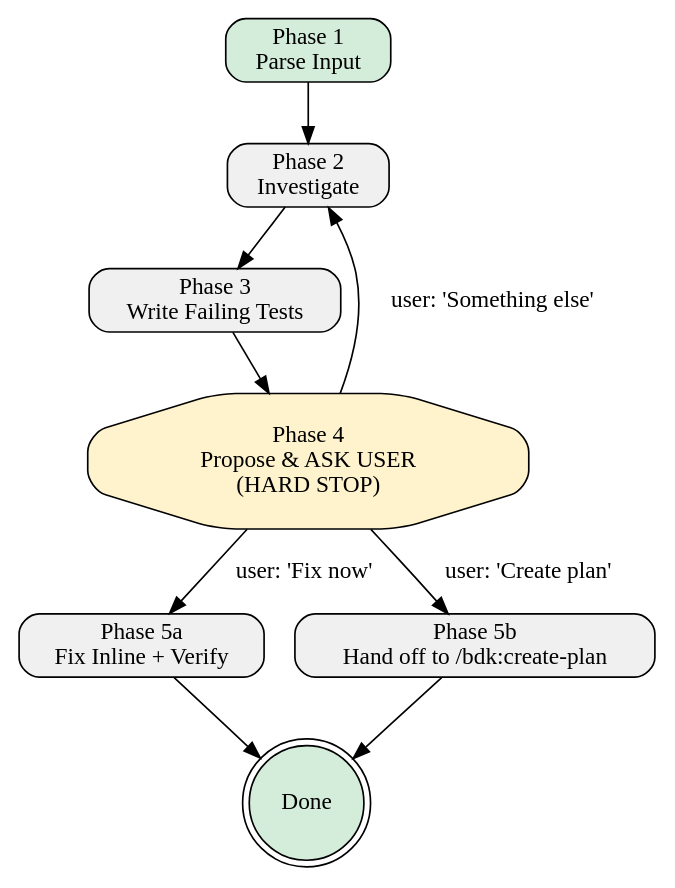
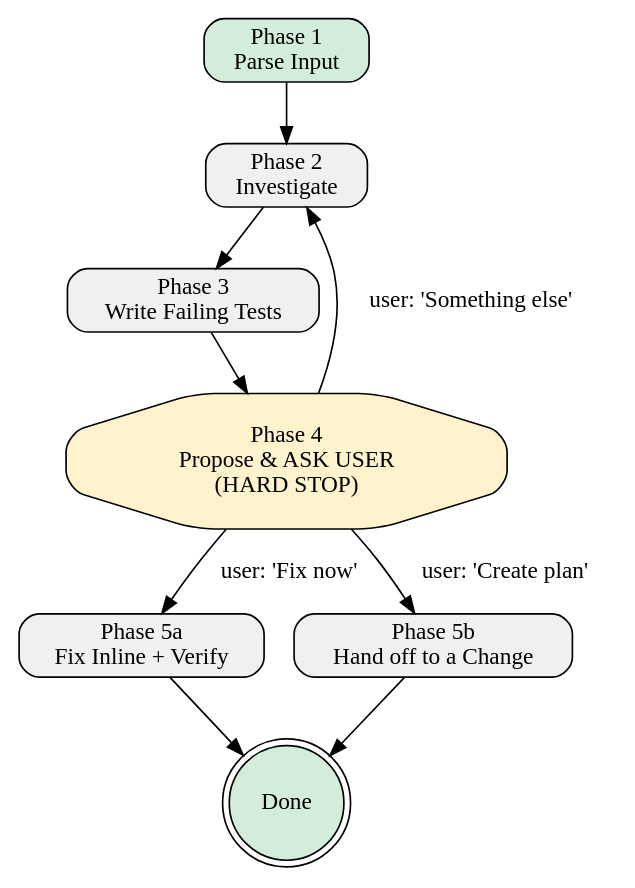
The diagram in skills/debug/SKILL.md (broneq/bdk), drawn with Graphviz before and after one commit. The commit also changed other lines of this file and 16 other files, not shown here.

Commit message:
feat(skills): plan and verify-plan stage skills replace create-plan and verify-plan (T41)

````diff
--- a/skills/debug/SKILL.md
+++ b/skills/debug/SKILL.md
@@ -43,23 +43,23 @@
 ```dot
 digraph debug_flow {
     rankdir=TB
     node [shape=box, style="rounded,filled", fillcolor="#f0f0f0"]
 
     start [label="Phase 1\nParse Input", fillcolor="#d4edda"]
     investigate [label="Phase 2\nInvestigate"]
     tests [label="Phase 3\nWrite Failing Tests"]
     decide [label="Phase 4\nPropose & ASK USER\n(HARD STOP)", fillcolor="#fff3cd", shape=octagon]
     fix [label="Phase 5a\nFix Inline + Verify"]
-    plan [label="Phase 5b\nHand off to /bdk:create-plan"]
+    plan [label="Phase 5b\nHand off to a Change"]
     done [label="Done", fillcolor="#d4edda", shape=doublecircle]
 
     start -> investigate
     investigate -> tests
     tests -> decide
     decide -> fix [label="user: 'Fix now'"]
     decide -> plan [label="user: 'Create plan'"]
     decide -> investigate [label="user: 'Something else'"]
     fix -> done
     plan -> done
 }
 ```
````
